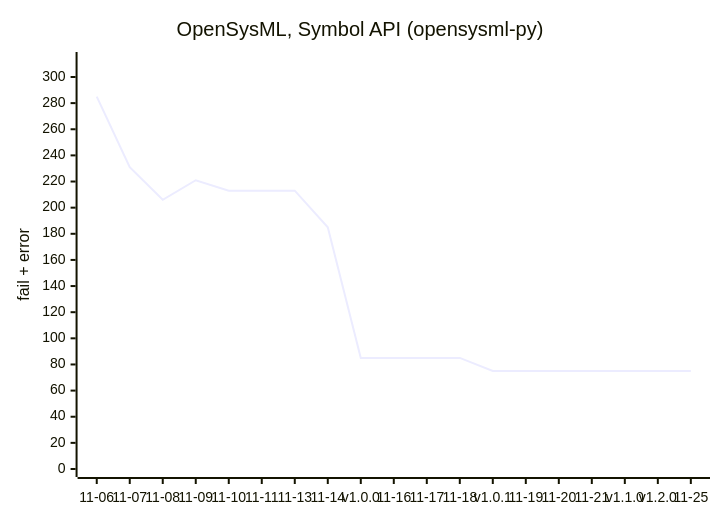
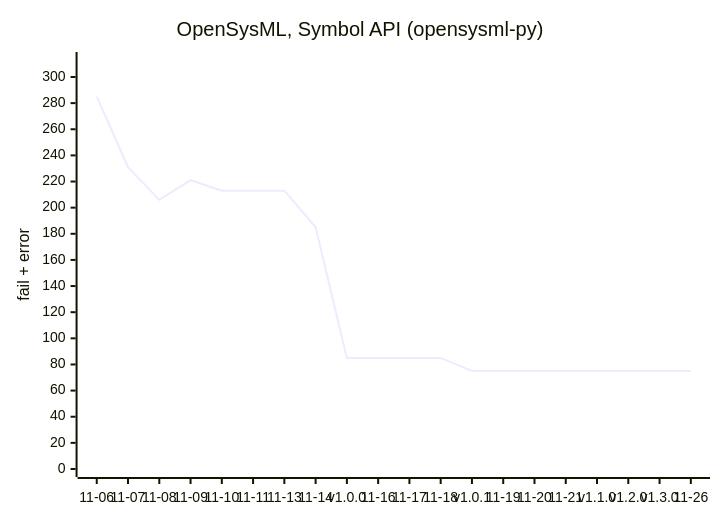
Before and after one commit to hideo67/sysmlv2-tests: the second of 4 diagrams in test-suite/PROGRESS-SNAPSHOT.md, drawn with Mermaid. The commit also changed other lines of this file and 2 other files, not shown here.

````diff
--- a/test-suite/PROGRESS-SNAPSHOT.md
+++ b/test-suite/PROGRESS-SNAPSHOT.md
@@ -26,7 +26,7 @@
 ```mermaid
 xychart-beta
     title "OpenSysML, Symbol API (opensysml-py)"
-    x-axis ["11-06", "11-07", "11-08", "11-09", "11-10", "11-11", "11-13", "11-14", "v1.0.0", "11-16", "11-17", "11-18", "v1.0.1", "11-19", "11-20", "11-21", "v1.1.0", "v1.2.0", "11-25"]
+    x-axis ["11-06", "11-07", "11-08", "11-09", "11-10", "11-11", "11-13", "11-14", "v1.0.0", "11-16", "11-17", "11-18", "v1.0.1", "11-19", "11-20", "11-21", "v1.1.0", "v1.2.0", "v1.3.0", "11-26"]
     y-axis "fail + error" 0 --> 313
-    line [285, 231, 206, 221, 213, 213, 213, 185, 85, 85, 85, 85, 75, 75, 75, 75, 75, 75, 75]
+    line [285, 231, 206, 221, 213, 213, 213, 185, 85, 85, 85, 85, 75, 75, 75, 75, 75, 75, 75, 75]
 ```
````
